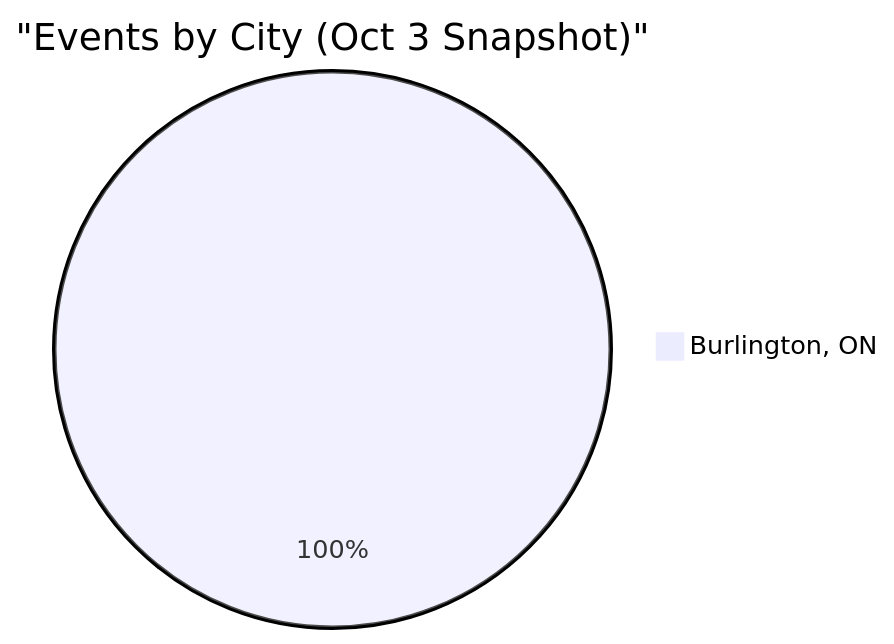
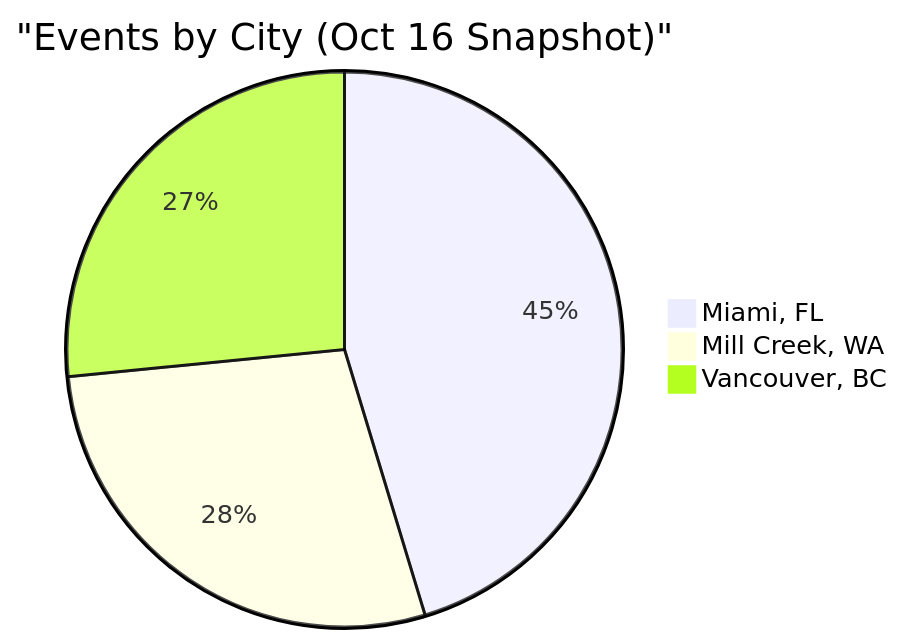
One commit to thrustCoder/gamer-uncle changed the second of 3 diagrams in docs/telemetry/usage_analytics.md. Above: the diagram before and after it, drawn with Mermaid. The commit also changed other lines of this file, not shown here.

First line of the commit message:
docs(telemetry): refresh Oct 3-16 usage snapshot

````diff
--- a/docs/telemetry/usage_analytics.md
+++ b/docs/telemetry/usage_analytics.md
@@ -58,4 +62,6 @@
 ```mermaid
-pie title "Events by City (Oct 3 Snapshot)"
-    "Burlington, ON" : 6
+pie title "Events by City (Oct 16 Snapshot)"
+    "Miami, FL" : 29
+    "Mill Creek, WA" : 18
+    "Vancouver, BC" : 17
 ```
````
